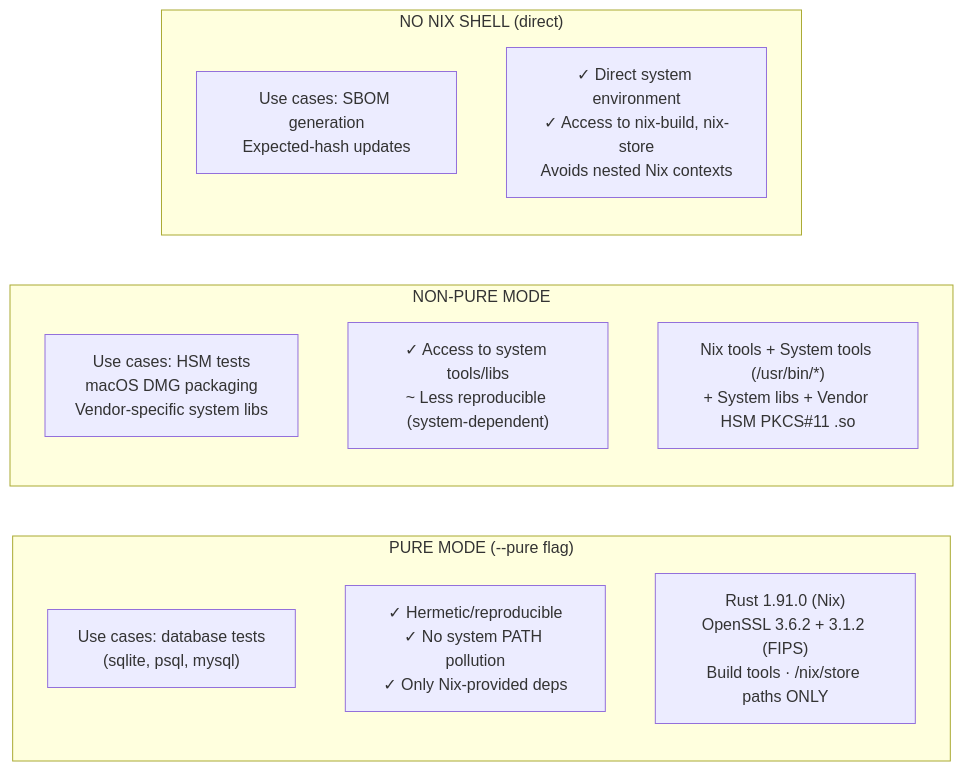
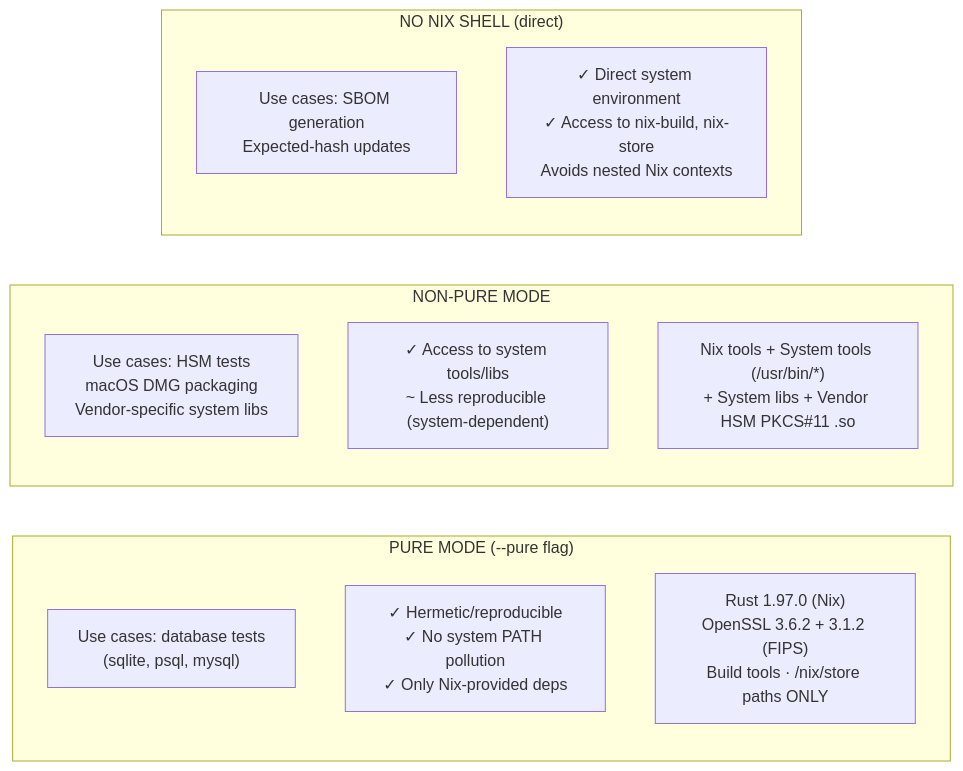
Before and after one commit to Cosmian/kms: the ninth of 12 diagrams in .mise/scripts/README.md, drawn with Mermaid. The commit also changed other lines of this file and 45 other files, not shown here.

````diff
--- a/.mise/scripts/README.md
+++ b/.mise/scripts/README.md
@@ -735,17 +735,17 @@
 ```mermaid
 flowchart LR
     subgraph pure["PURE MODE (--pure flag)"]
         p_use["Use cases: database tests<br/>(sqlite, psql, mysql)"]
         p_char["✓ Hermetic/reproducible<br/>✓ No system PATH pollution<br/>✓ Only Nix-provided deps"]
-        p_env["Rust 1.91.0 (Nix)<br/>OpenSSL 3.6.2 + 3.1.2 (FIPS)<br/>Build tools · /nix/store paths ONLY"]
+        p_env["Rust 1.97.0 (Nix)<br/>OpenSSL 3.6.2 + 3.1.2 (FIPS)<br/>Build tools · /nix/store paths ONLY"]
     end
     subgraph nonpure["NON-PURE MODE"]
         np_use["Use cases: HSM tests<br/>macOS DMG packaging<br/>Vendor-specific system libs"]
         np_char["✓ Access to system tools/libs<br/>~ Less reproducible (system-dependent)"]
         np_env["Nix tools + System tools (/usr/bin/*)<br/>+ System libs + Vendor HSM PKCS#11 .so"]
     end
     subgraph nonix["NO NIX SHELL (direct)"]
         nn_use["Use cases: SBOM generation<br/>Expected-hash updates"]
         nn_char["✓ Direct system environment<br/>✓ Access to nix-build, nix-store<br/>Avoids nested Nix contexts"]
     end
 ```
````
